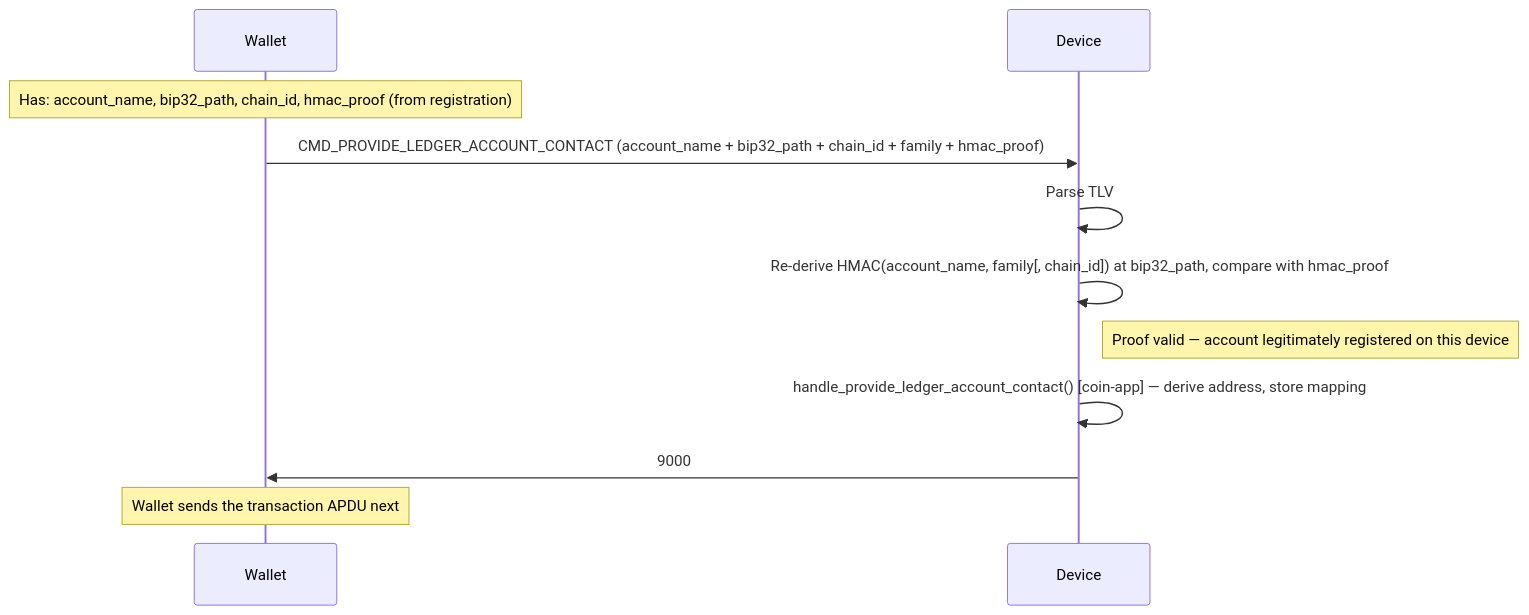
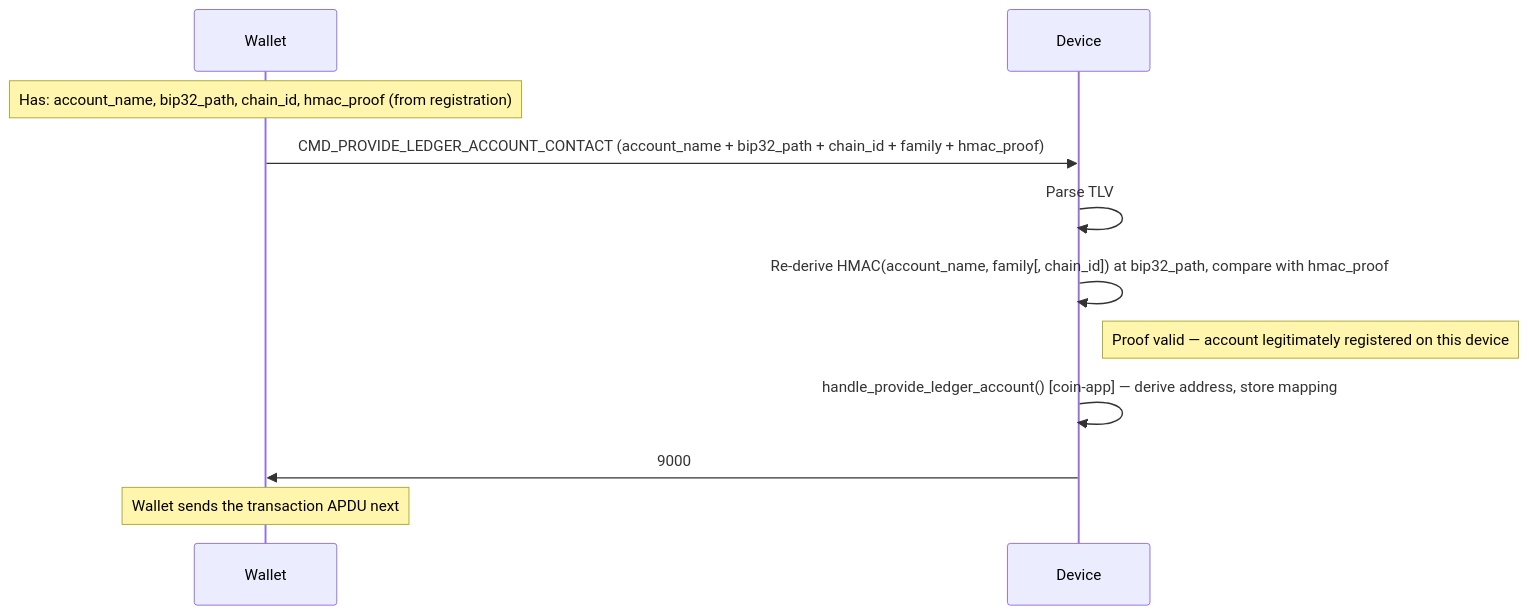
One commit to LedgerHQ/ledger-secure-sdk changed the tenth of 10 diagrams in app_features/address_book/doc/address_book_spec.md. Above: the diagram before and after it, drawn with Mermaid. The commit also changed other lines of this file, not shown here.

````diff
--- a/app_features/address_book/doc/address_book_spec.md
+++ b/app_features/address_book/doc/address_book_spec.md
@@ -724,14 +708,12 @@
 ```mermaid
 sequenceDiagram
-    participant W as Wallet
-    participant D as Device
 
-    Note over W: Has: account_name, bip32_path, chain_id, hmac_proof (from registration)
-    W->>D: CMD_PROVIDE_LEDGER_ACCOUNT_CONTACT (account_name + bip32_path + chain_id + family + hmac_proof)
-    D->>D: Parse TLV
-    D->>D: Re-derive HMAC(account_name, family[, chain_id]) at bip32_path, compare with hmac_proof
-    Note right of D: Proof valid — account legitimately registered on this device
-    D->>D: handle_provide_ledger_account_contact() [coin-app] — derive address, store mapping
-    D->>W: 9000
-    Note over W: Wallet sends the transaction APDU next
+    Note over Wallet: Has: account_name, bip32_path, chain_id, hmac_proof (from registration)
+    Wallet->>Device: CMD_PROVIDE_LEDGER_ACCOUNT_CONTACT (account_name + bip32_path + chain_id + family + hmac_proof)
+    Device->>Device: Parse TLV
+    Device->>Device: Re-derive HMAC(account_name, family[, chain_id]) at bip32_path, compare with hmac_proof
+    Note right of Device: Proof valid — account legitimately registered on this device
+    Device->>Device: handle_provide_ledger_account() [coin-app] — derive address, store mapping
+    Device->>Wallet: 9000
+    Note over Wallet: Wallet sends the transaction APDU next
 ```
````
